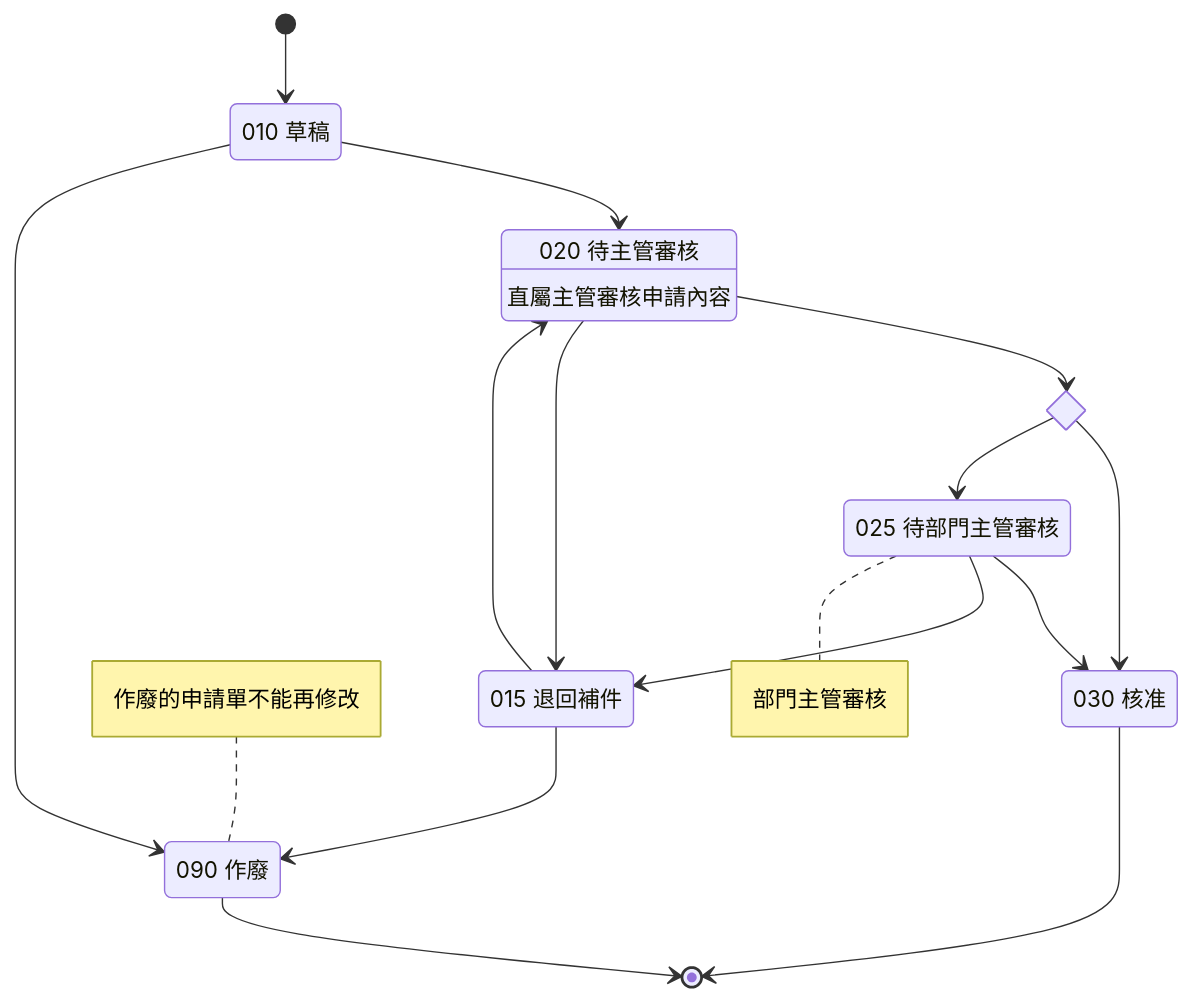
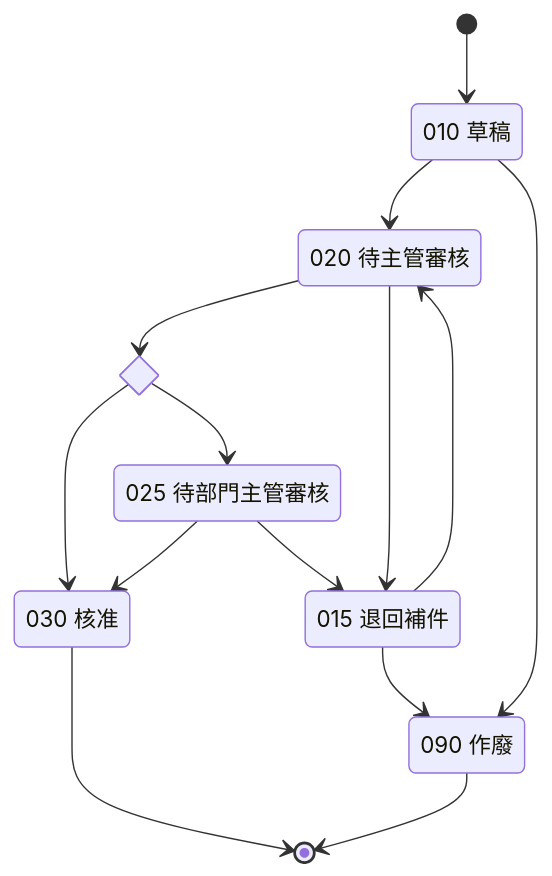
The second of 2 diagrams in docs/design/spec-schema-framework/examples/walkthrough/input/status-REQ_STATUS.md (jonny50905/MCPSample), drawn with Mermaid before and after one commit. The commit also changed other lines of this file and 44 other files, not shown here.

First line of the commit message:
docs(design): issue #37 依管理者回覆補上線上描述、多段圖對應與說明區域處置

````diff
--- a/docs/design/spec-schema-framework/examples/walkthrough/input/status-REQ_STATUS.md
+++ b/docs/design/spec-schema-framework/examples/walkthrough/input/status-REQ_STATUS.md
@@ -24,26 +24,23 @@
 ```mermaid
 stateDiagram-v2
     state "010 草稿" as S010
     state "015 退回補件" as S015
     state "020 待主管審核" as S020
     state "025 待部門主管審核" as S025
     state "030 核准" as S030
     state "090 作廢" as S090
     state amount_check <<choice>>
     [*] --> S010
     S010 --> S020
     S015 --> S020
     S020 --> amount_check
     amount_check --> S030
     amount_check --> S025
     S025 --> S030
     S020 --> S015
     S025 --> S015
     S010 --> S090
     S015 --> S090
     S030 --> [*]
     S090 --> [*]
-    S020 : 直屬主管審核申請內容
-    note right of S025 : 部門主管審核
-    note left of S090 : 作廢的申請單不能再修改
 ```
````
